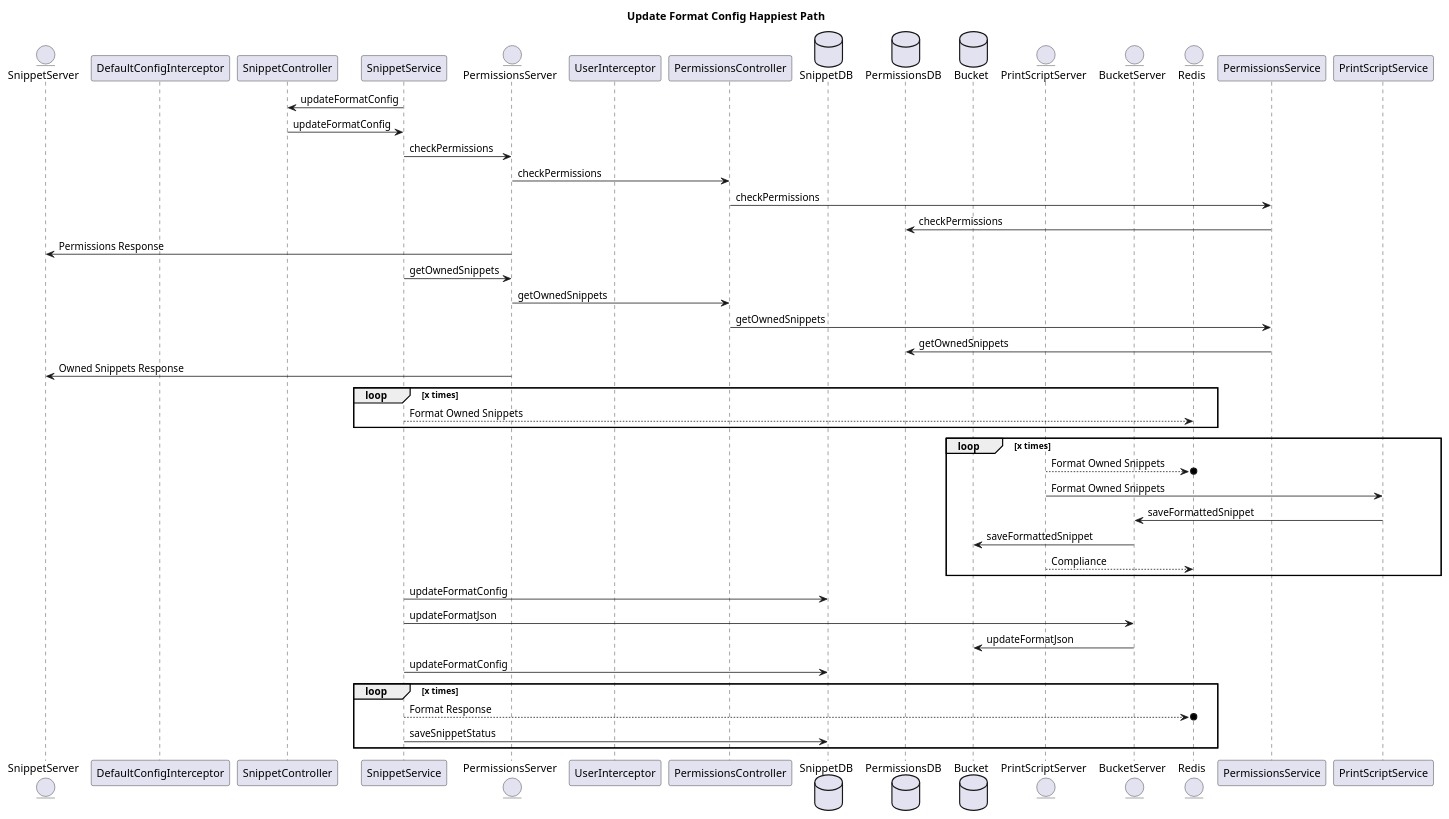
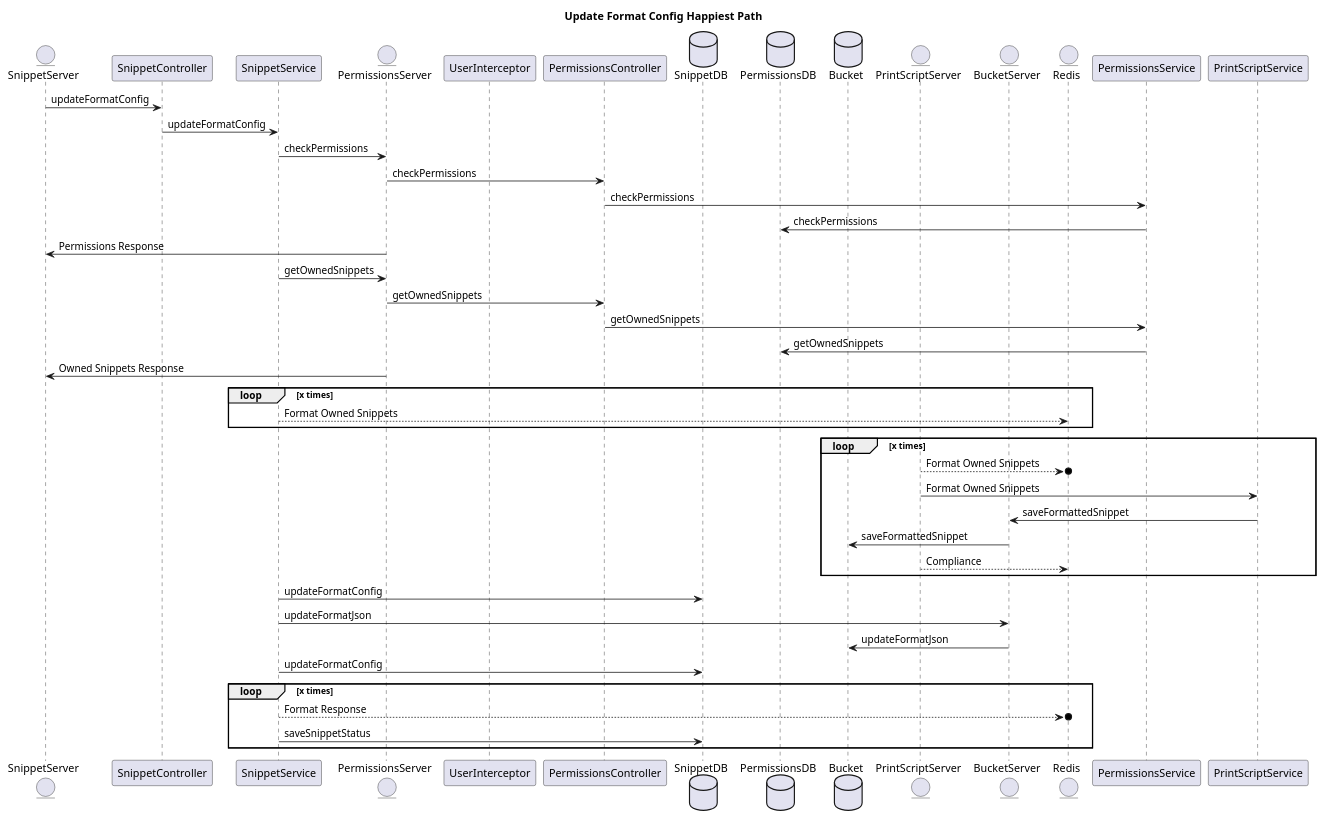
Before and after one commit to sonpipe0/snippetService: the diagram in diagrams/updateFormatConfig.puml, drawn with PlantUML. The commit also changed 2 other files, not shown here.

```diff
--- a/diagrams/updateFormatConfig.puml
+++ b/diagrams/updateFormatConfig.puml
@@ -1,49 +1,48 @@
 @startuml
 title Update Format Config Happiest Path
 entity SnippetServer
-participant DefaultConfigInterceptor
 participant SnippetController
 participant SnippetService
 entity PermissionsServer
 participant UserInterceptor
 participant PermissionsController
 database SnippetDB
 database PermissionsDB
 database Bucket
 entity PrintScriptServer
 entity BucketServer
 entity Redis
 
-SnippetService -> SnippetController: updateFormatConfig
+SnippetServer -> SnippetController: updateFormatConfig
 SnippetController -> SnippetService: updateFormatConfig
 SnippetService -> PermissionsServer: checkPermissions
 PermissionsServer -> PermissionsController: checkPermissions
 PermissionsController -> PermissionsService: checkPermissions
 PermissionsService -> PermissionsDB: checkPermissions
 PermissionsServer -> SnippetServer: Permissions Response
 SnippetService -> PermissionsServer: getOwnedSnippets
 PermissionsServer -> PermissionsController: getOwnedSnippets
 PermissionsController -> PermissionsService: getOwnedSnippets
 PermissionsService -> PermissionsDB: getOwnedSnippets
 PermissionsServer -> SnippetServer: Owned Snippets Response
 loop x times
     SnippetService --> Redis: Format Owned Snippets
 end
 loop x times
     PrintScriptServer -->o Redis:  Format Owned Snippets
     PrintScriptServer -> PrintScriptService: Format Owned Snippets
     PrintScriptService -> BucketServer: saveFormattedSnippet
     BucketServer -> Bucket : saveFormattedSnippet
     PrintScriptServer --> Redis: Compliance
 end
 SnippetService -> SnippetDB: updateFormatConfig
 SnippetService -> BucketServer: updateFormatJson
 BucketServer -> Bucket: updateFormatJson
 SnippetService -> SnippetDB: updateFormatConfig
 
 loop x times
     SnippetService -->o Redis: Format Response
     SnippetService -> SnippetDB: saveSnippetStatus
 end
 
 @enduml
```
